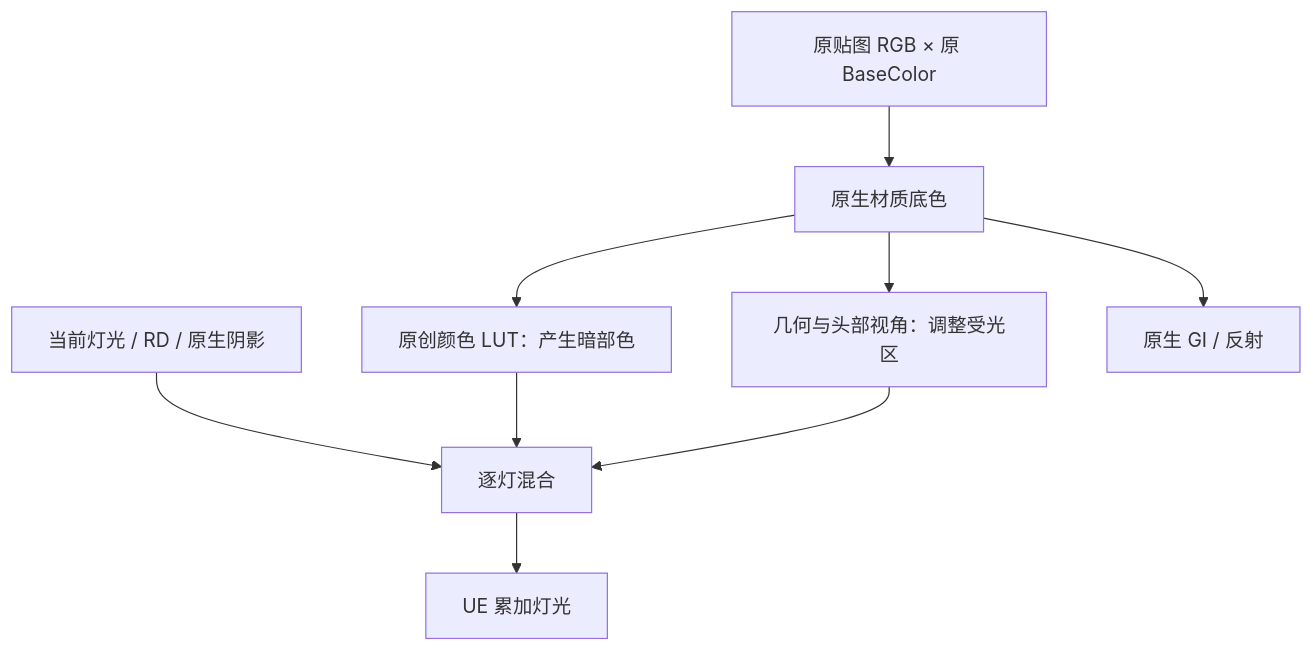
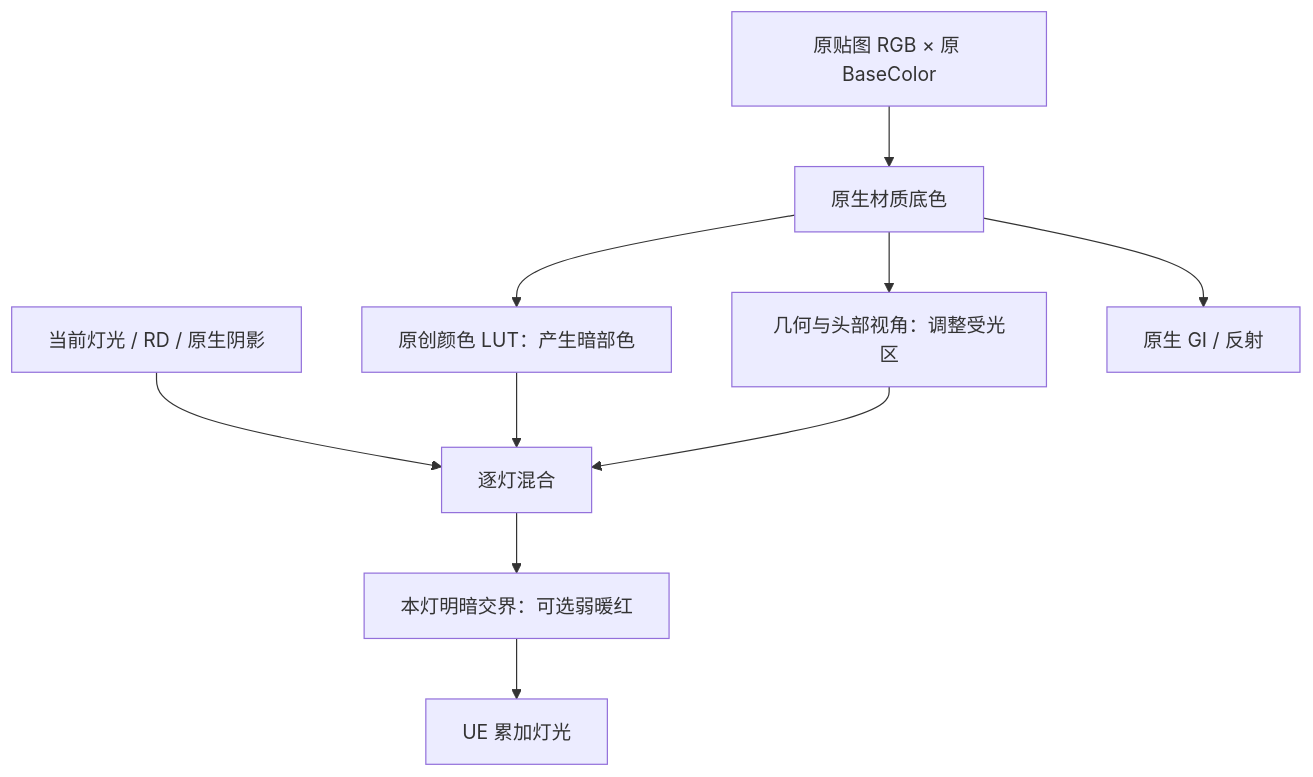
The diagram in MMD/Plugins/Ue5MMDTools/Docs/ENDFIELD_SKIN_MATERIAL_GUIDE.md (treasureGrove/MMDUETools), drawn with Mermaid before and after one commit. The commit also changed other lines of this file and 29 other files, not shown here.

````diff
--- a/MMD/Plugins/Ue5MMDTools/Docs/ENDFIELD_SKIN_MATERIAL_GUIDE.md
+++ b/MMD/Plugins/Ue5MMDTools/Docs/ENDFIELD_SKIN_MATERIAL_GUIDE.md
@@ -22,11 +35,12 @@
 ```mermaid
 flowchart TD
     A[原贴图 RGB × 原 BaseColor] --> B[原生材质底色]
     B --> C[原创颜色 LUT：产生暗部色]
     B --> D[几何与头部视角：调整受光区]
     E[当前灯光 / RD / 原生阴影] --> F[逐灯混合]
     C --> F
     D --> F
-    F --> G[UE 累加灯光]
+    F --> I[本灯明暗交界：可选弱暖红]
+    I --> G[UE 累加灯光]
     B --> H[原生 GI / 反射]
 ```
````
